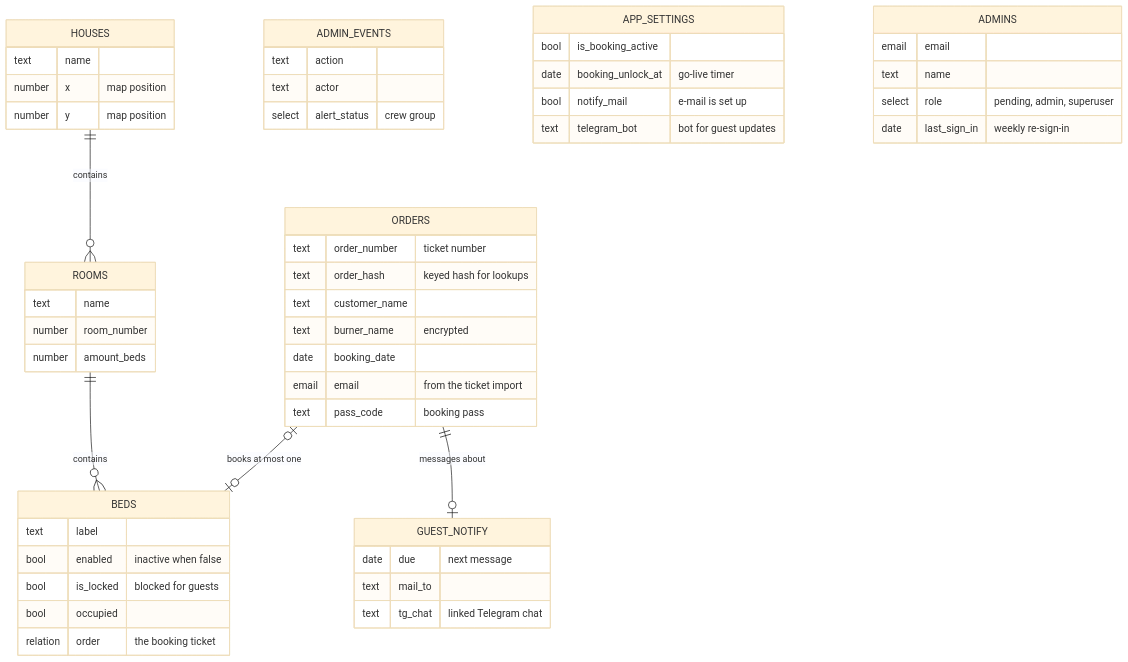
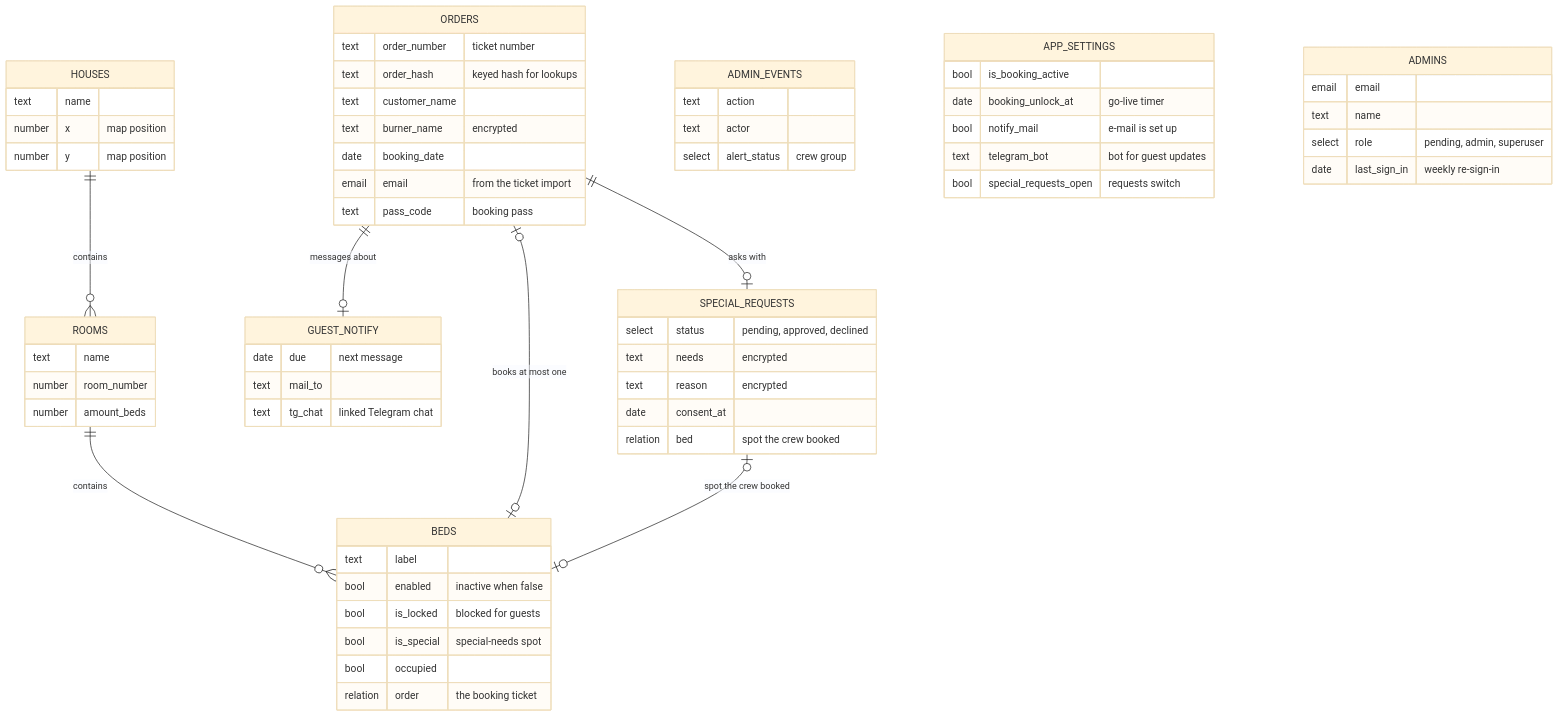
Before and after one commit to MorpheusMXML/hamburn-cozynights: the second of 3 diagrams in docs/reference/architecture.md, drawn with Mermaid (base theme). The commit also changed other lines of this file and 4 other files, not shown here.

Commit message:
docs(special-needs): README, docs home, architecture, testing guide, legal checklist

````diff
--- a/docs/reference/architecture.md
+++ b/docs/reference/architecture.md
@@ -65,55 +65,66 @@
 ```mermaid
 erDiagram
   HOUSES ||--o{ ROOMS : contains
   ROOMS ||--o{ BEDS : contains
   ORDERS |o--o| BEDS : "books at most one"
   ORDERS ||--o| GUEST_NOTIFY : "messages about"
+  ORDERS ||--o| SPECIAL_REQUESTS : "asks with"
+  SPECIAL_REQUESTS |o--o| BEDS : "spot the crew booked"
   HOUSES {
     text name
     number x "map position"
     number y "map position"
   }
   ROOMS {
     text name
     number room_number
     number amount_beds
   }
   BEDS {
     text label
     bool enabled "inactive when false"
     bool is_locked "blocked for guests"
+    bool is_special "special-needs spot"
     bool occupied
     relation order "the booking ticket"
   }
   ORDERS {
     text order_number "ticket number"
     text order_hash "keyed hash for lookups"
     text customer_name
     text burner_name "encrypted"
     date booking_date
     email email "from the ticket import"
     text pass_code "booking pass"
   }
   GUEST_NOTIFY {
     date due "next message"
     text mail_to
     text tg_chat "linked Telegram chat"
   }
+  SPECIAL_REQUESTS {
+    select status "pending, approved, declined"
+    text needs "encrypted"
+    text reason "encrypted"
+    date consent_at
+    relation bed "spot the crew booked"
+  }
   ADMIN_EVENTS {
     text action
     text actor
     select alert_status "crew group"
   }
   APP_SETTINGS {
     bool is_booking_active
     date booking_unlock_at "go-live timer"
     bool notify_mail "e-mail is set up"
     text telegram_bot "bot for guest updates"
+    bool special_requests_open "requests switch"
   }
   ADMINS {
     email email
     text name
     select role "pending, admin, superuser"
     date last_sign_in "weekly re-sign-in"
   }
 ```
````
